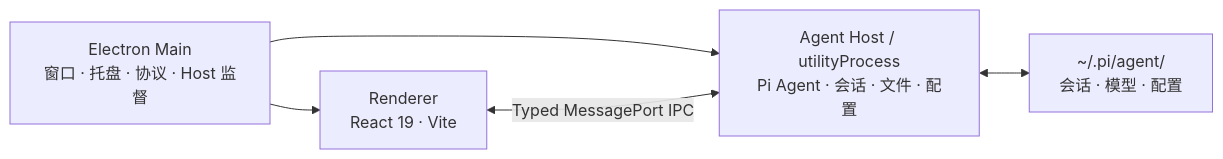
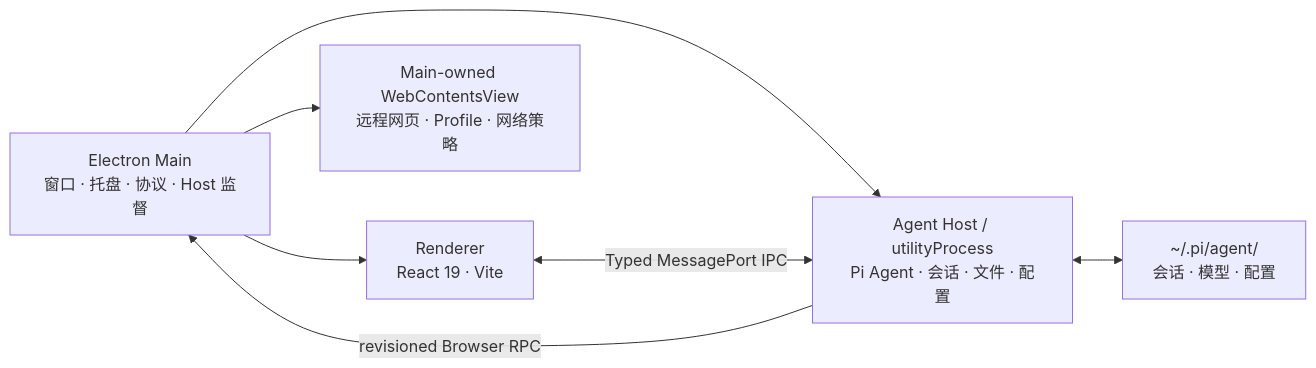
One commit to DLYZZT/pi-desktop changed the diagram in README.md. Above: the diagram before and after it, drawn with Mermaid. The commit also changed other lines of this file and 82 other files, not shown here.

````diff
--- a/README.md
+++ b/README.md
@@ -139,12 +148,15 @@
 ```mermaid
 flowchart LR
     Main["Electron Main<br/>窗口 · 托盘 · 协议 · Host 监督"]
     Host["Agent Host / utilityProcess<br/>Pi Agent · 会话 · 文件 · 配置"]
     UI["Renderer<br/>React 19 · Vite"]
+    Browser["Main-owned WebContentsView<br/>远程网页 · Profile · 网络策略"]
     Data["~/.pi/agent/<br/>会话 · 模型 · 配置"]
 
     Main --> Host
     Main --> UI
+    Main --> Browser
+    Host -->|"revisioned Browser RPC"| Main
     UI <-->|"Typed MessagePort IPC"| Host
     Host <--> Data
 ```
````
